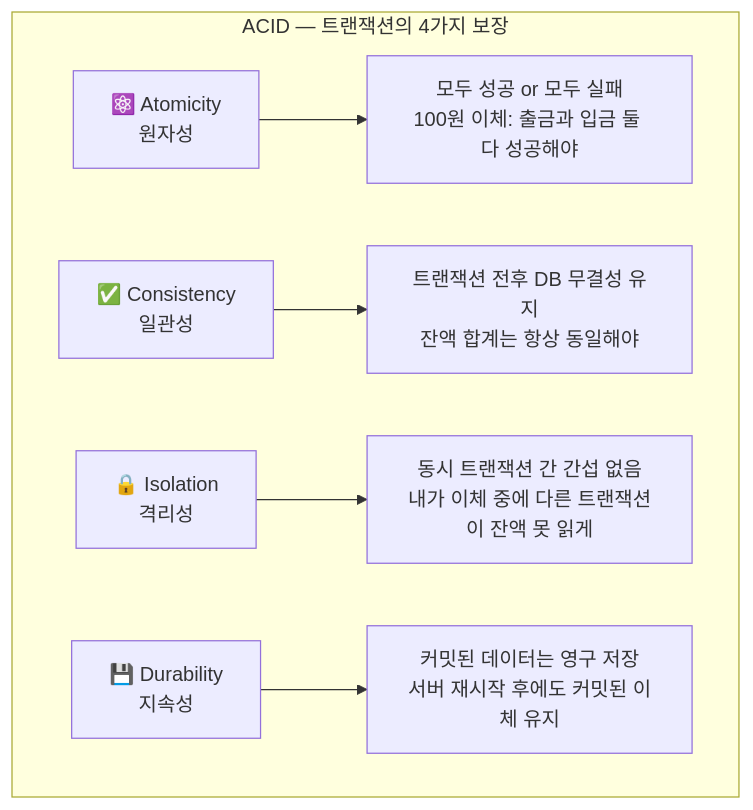
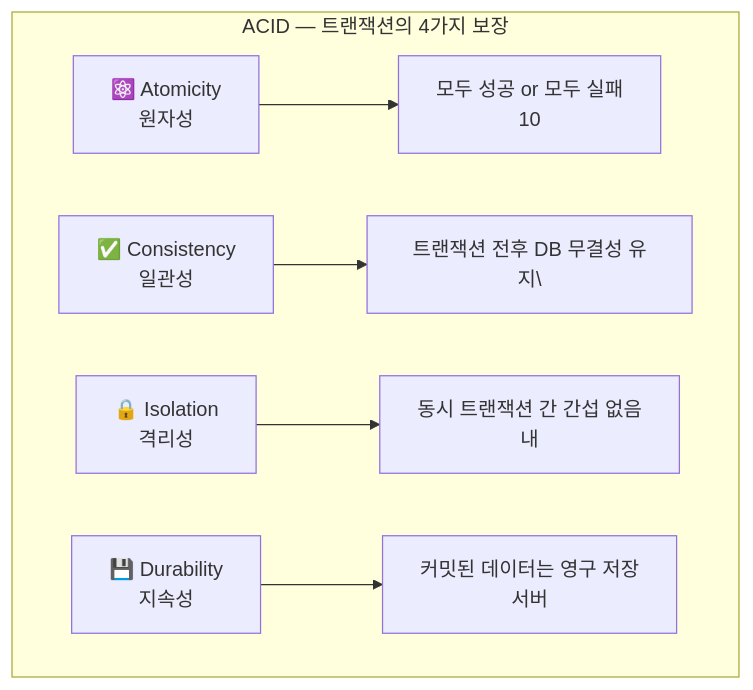
One commit to yjkim2015/yjkim2015.github.io changed the fourth of 11 diagrams in _posts/spring/2026-05-02-spring-db-1.md. Above: the diagram before and after it, drawn with Mermaid. The commit also changed other lines of this file and 271 other files, not shown here.

First line of the commit message:
Mermaid 라벨 축소: 긴 노드 텍스트 18자 이하로 트림 + \n 제거

````diff
--- a/_posts/spring/2026-05-02-spring-db-1.md
+++ b/_posts/spring/2026-05-02-spring-db-1.md
@@ -227,9 +227,9 @@
 ```mermaid
 graph TD
     subgraph "ACID — 트랜잭션의 4가지 보장"
-        A["⚛️ Atomicity\n원자성"] --> A1["모두 성공 or 모두 실패\n100원 이체: 출금과 입금 둘 다 성공해야"]
-        B["✅ Consistency\n일관성"] --> B1["트랜잭션 전후 DB 무결성 유지\n잔액 합계는 항상 동일해야"]
-        C["🔒 Isolation\n격리성"] --> C1["동시 트랜잭션 간 간섭 없음\n내가 이체 중에 다른 트랜잭션이 잔액 못 읽게"]
-        D["💾 Durability\n지속성"] --> D1["커밋된 데이터는 영구 저장\n서버 재시작 후에도 커밋된 이체 유지"]
+        A["⚛️ Atomicity\n원자성"] --> A1["모두 성공 or 모두 실패\n10"]
+        B["✅ Consistency\n일관성"] --> B1["트랜잭션 전후 DB 무결성 유지\"]
+        C["🔒 Isolation\n격리성"] --> C1["동시 트랜잭션 간 간섭 없음\n내"]
+        D["💾 Durability\n지속성"] --> D1["커밋된 데이터는 영구 저장\n서버"]
     end
 ```
````
